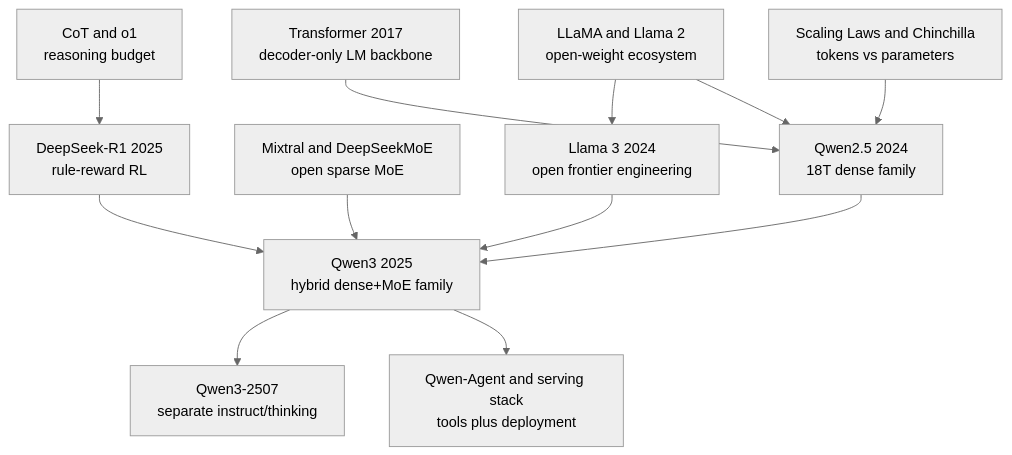
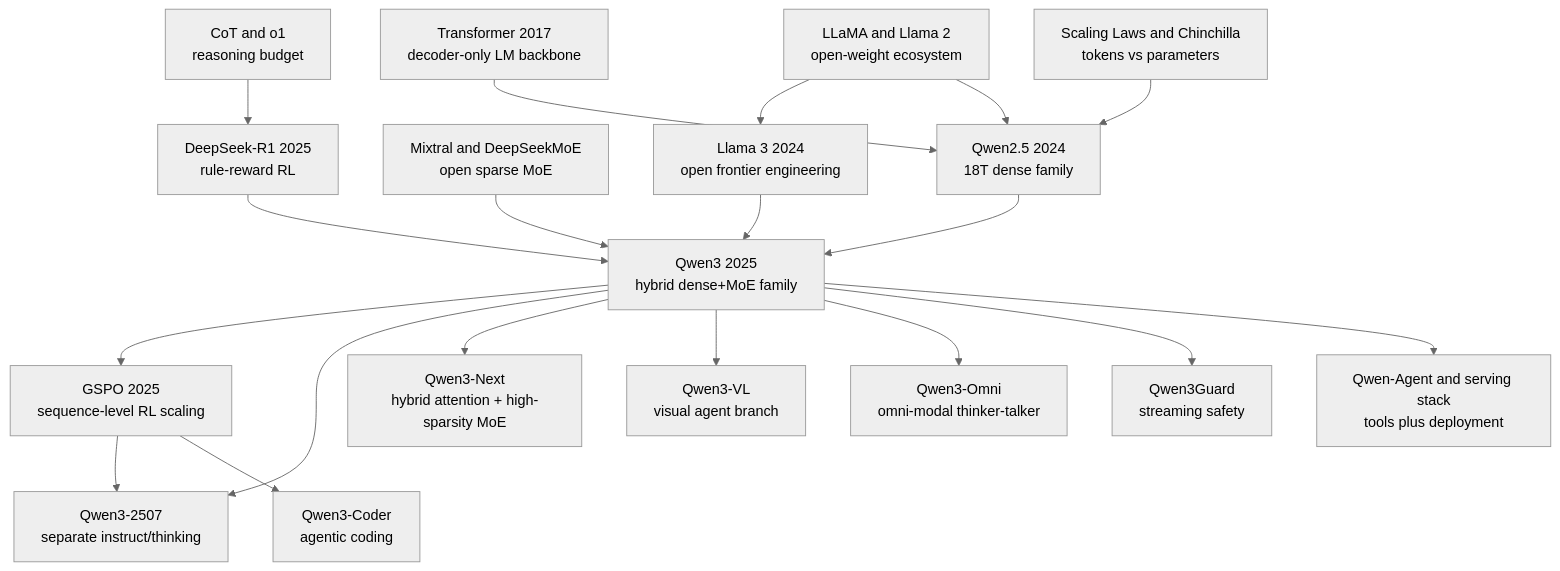
The diagram in docs_en/era5_genai_explosion/2025_qwen3.md (zhaoyang97/awesome-papers), drawn with Mermaid (neutral theme) before and after one commit. The commit also changed other lines of this file and 54 other files, not shown here.

````diff
--- a/docs_en/era5_genai_explosion/2025_qwen3.md
+++ b/docs_en/era5_genai_explosion/2025_qwen3.md
@@ -312,26 +352,39 @@
 ```mermaid
 graph TD
     Transformer[Transformer 2017<br/>decoder-only LM backbone]
     Scaling[Scaling Laws and Chinchilla<br/>tokens vs parameters]
     LLaMA[LLaMA and Llama 2<br/>open-weight ecosystem]
     Llama3[Llama 3 2024<br/>open frontier engineering]
     Mixtral[Mixtral and DeepSeekMoE<br/>open sparse MoE]
     CoT[CoT and o1<br/>reasoning budget]
     DeepSeekR1[DeepSeek-R1 2025<br/>rule-reward RL]
     Qwen25[Qwen2.5 2024<br/>18T dense family]
     Qwen3[Qwen3 2025<br/>hybrid dense+MoE family]
+    GSPO[GSPO 2025<br/>sequence-level RL scaling]
     Qwen2507[Qwen3-2507<br/>separate instruct/thinking]
+    QwenCoder[Qwen3-Coder<br/>agentic coding]
+    QwenNext[Qwen3-Next<br/>hybrid attention + high-sparsity MoE]
+    QwenVL[Qwen3-VL<br/>visual agent branch]
+    QwenOmni[Qwen3-Omni<br/>omni-modal thinker-talker]
+    QwenGuard[Qwen3Guard<br/>streaming safety]
     QwenAgents[Qwen-Agent and serving stack<br/>tools plus deployment]
 
     Transformer --> Qwen25
     Scaling --> Qwen25
     LLaMA --> Llama3
     LLaMA --> Qwen25
     Llama3 --> Qwen3
     Mixtral --> Qwen3
     CoT --> DeepSeekR1
     DeepSeekR1 --> Qwen3
     Qwen25 --> Qwen3
+    Qwen3 --> GSPO
+    GSPO --> Qwen2507
+    GSPO --> QwenCoder
     Qwen3 --> Qwen2507
+    Qwen3 --> QwenNext
+    Qwen3 --> QwenVL
+    Qwen3 --> QwenOmni
+    Qwen3 --> QwenGuard
     Qwen3 --> QwenAgents
 ```
````
